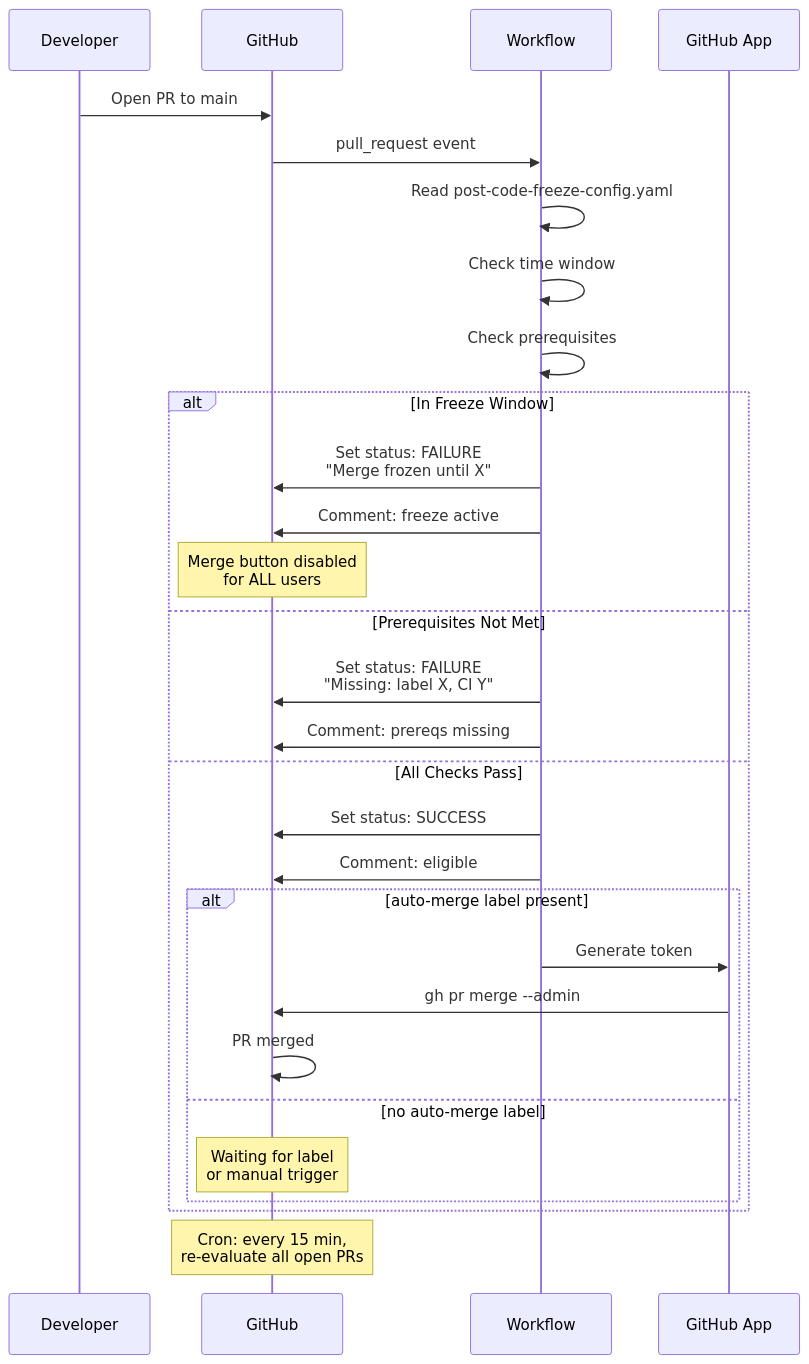
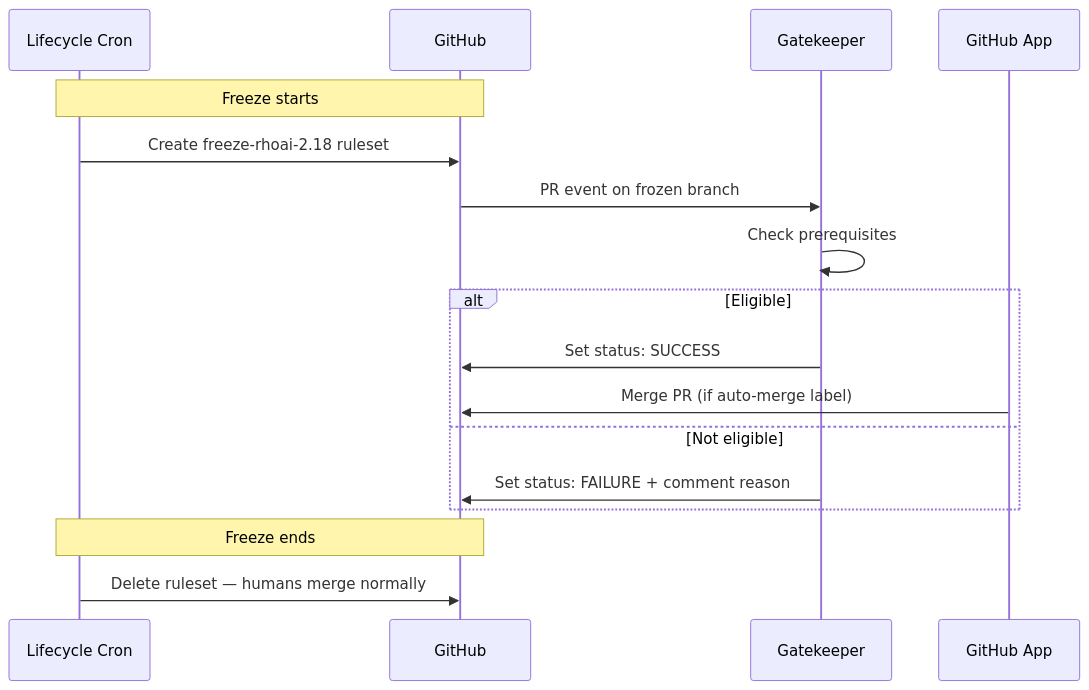
One commit to opendatahub-io/odh-konflux-central changed the second of 2 diagrams in doc/rfd/post-code-freeze-gatekeeper-design.md. Above: the diagram before and after it, drawn with Mermaid. The commit also changed other lines of this file and 10 other files, not shown here.

````diff
--- a/doc/rfd/post-code-freeze-gatekeeper-design.md
+++ b/doc/rfd/post-code-freeze-gatekeeper-design.md
@@ -211,34 +141,22 @@
 ```mermaid
 sequenceDiagram
-    participant Dev as Developer
+    participant Cron as Lifecycle Cron
     participant GH as GitHub
-    participant WF as Workflow
+    participant WF as Gatekeeper
     participant App as GitHub App
 
-    Dev->>GH: Open PR to main
-    GH->>WF: pull_request event
-    WF->>WF: Read post-code-freeze-config.yaml
-    WF->>WF: Check time window
+    Note over Cron,GH: Freeze starts
+    Cron->>GH: Create freeze-rhoai-2.18 ruleset
+
+    GH->>WF: PR event on frozen branch
     WF->>WF: Check prerequisites
-
-    alt In Freeze Window
-        WF->>GH: Set status: FAILURE<br/>"Merge frozen until X"
-        WF->>GH: Comment: freeze active
-        Note over GH: Merge button disabled<br/>for ALL users
-    else Prerequisites Not Met
-        WF->>GH: Set status: FAILURE<br/>"Missing: label X, CI Y"
-        WF->>GH: Comment: prereqs missing
-    else All Checks Pass
+    alt Eligible
         WF->>GH: Set status: SUCCESS
-        WF->>GH: Comment: eligible
-        alt auto-merge label present
-            WF->>App: Generate token
-            App->>GH: gh pr merge --admin
-            GH->>GH: PR merged
-        else no auto-merge label
-            Note over GH: Waiting for label<br/>or manual trigger
-        end
+        App->>GH: Merge PR (if auto-merge label)
+    else Not eligible
+        WF->>GH: Set status: FAILURE + comment reason
     end
 
-    Note over GH: Cron: every 15 min,<br/>re-evaluate all open PRs
+    Note over Cron,GH: Freeze ends
+    Cron->>GH: Delete ruleset — humans merge normally
 ```
````
